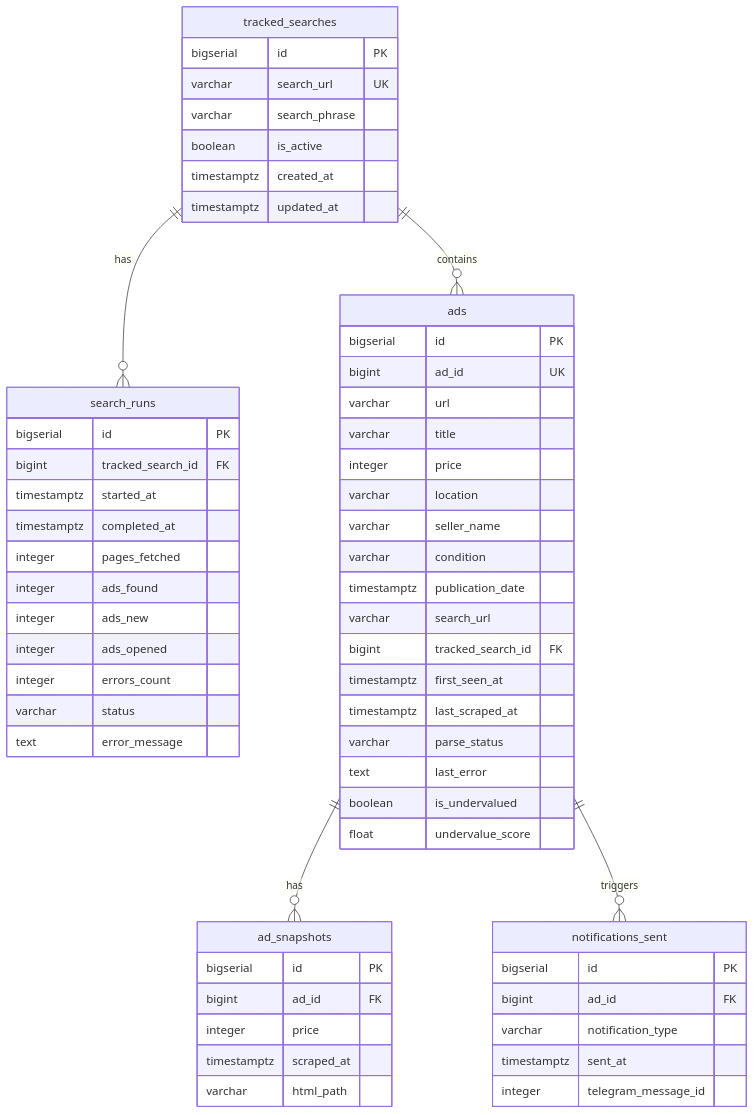
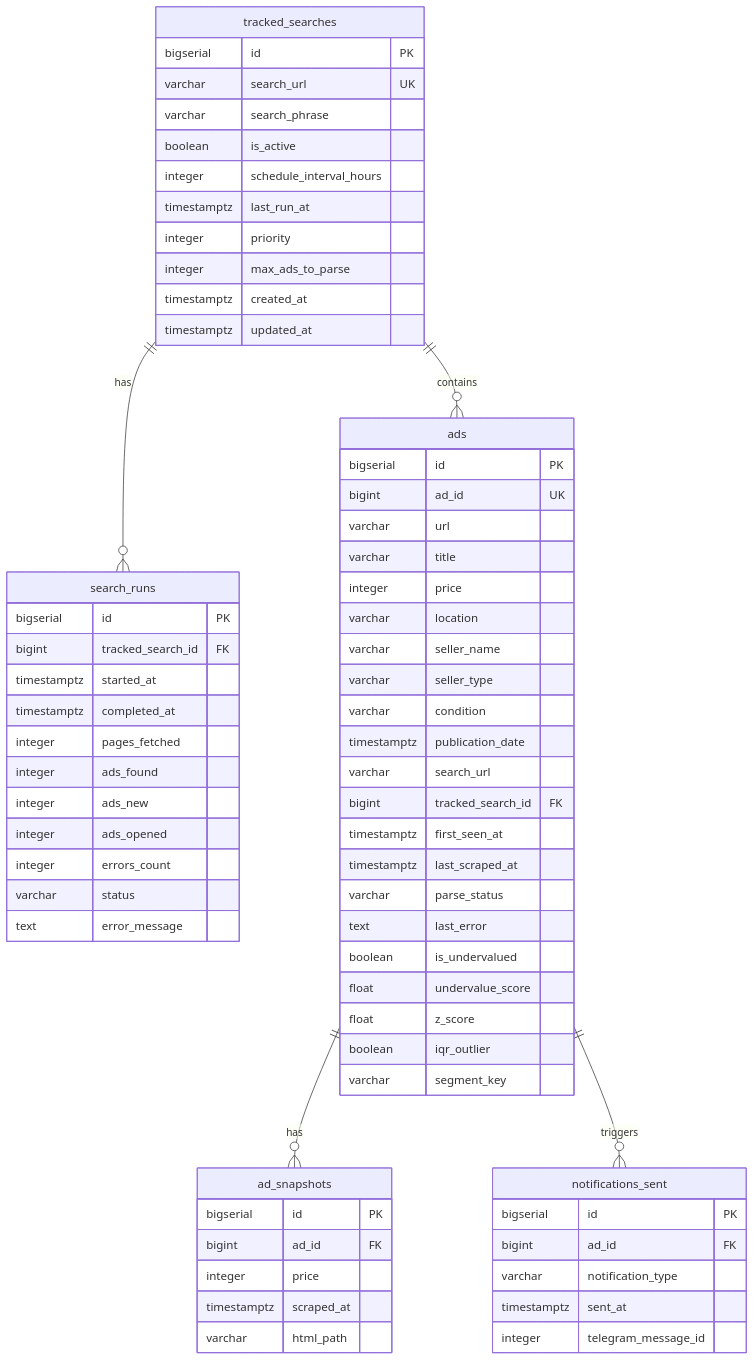
Before and after one commit to NIKITANDRRR/avitov2: the first of 4 diagrams in docs/architecture.md, drawn with Mermaid. The commit also changed other lines of this file and 18 other files, not shown here.

````diff
--- a/docs/architecture.md
+++ b/docs/architecture.md
@@ -135,66 +140,74 @@
 ```mermaid
 erDiagram
     tracked_searches ||--o{ search_runs : has
     tracked_searches ||--o{ ads : contains
     ads ||--o{ ad_snapshots : has
     ads ||--o{ notifications_sent : triggers
 
     tracked_searches {
         bigserial id PK
         varchar search_url UK
         varchar search_phrase
         boolean is_active
+        integer schedule_interval_hours
+        timestamptz last_run_at
+        integer priority
+        integer max_ads_to_parse
         timestamptz created_at
         timestamptz updated_at
     }
 
     search_runs {
         bigserial id PK
         bigint tracked_search_id FK
         timestamptz started_at
         timestamptz completed_at
         integer pages_fetched
         integer ads_found
         integer ads_new
         integer ads_opened
         integer errors_count
         varchar status
         text error_message
     }
 
     ads {
         bigserial id PK
         bigint ad_id UK
         varchar url
         varchar title
         integer price
         varchar location
         varchar seller_name
+        varchar seller_type
         varchar condition
         timestamptz publication_date
         varchar search_url
         bigint tracked_search_id FK
         timestamptz first_seen_at
         timestamptz last_scraped_at
         varchar parse_status
         text last_error
         boolean is_undervalued
         float undervalue_score
+        float z_score
+        boolean iqr_outlier
+        varchar segment_key
     }
 
     ad_snapshots {
         bigserial id PK
         bigint ad_id FK
         integer price
         timestamptz scraped_at
         varchar html_path
     }
 
     notifications_sent {
         bigserial id PK
         bigint ad_id FK
         varchar notification_type
         timestamptz sent_at
         integer telegram_message_id
     }
 ```
````
